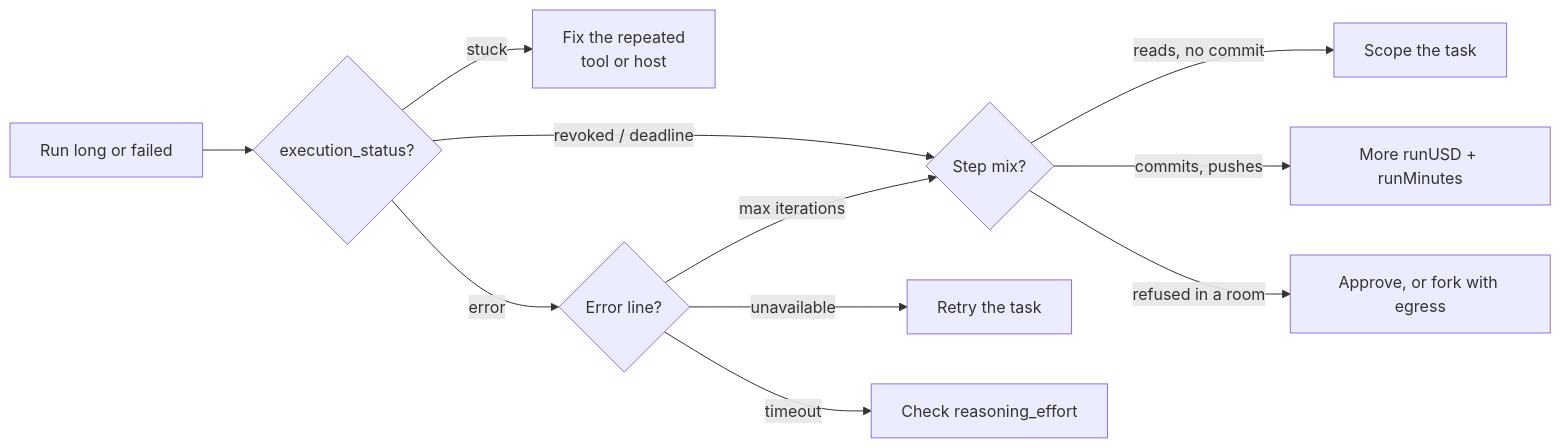
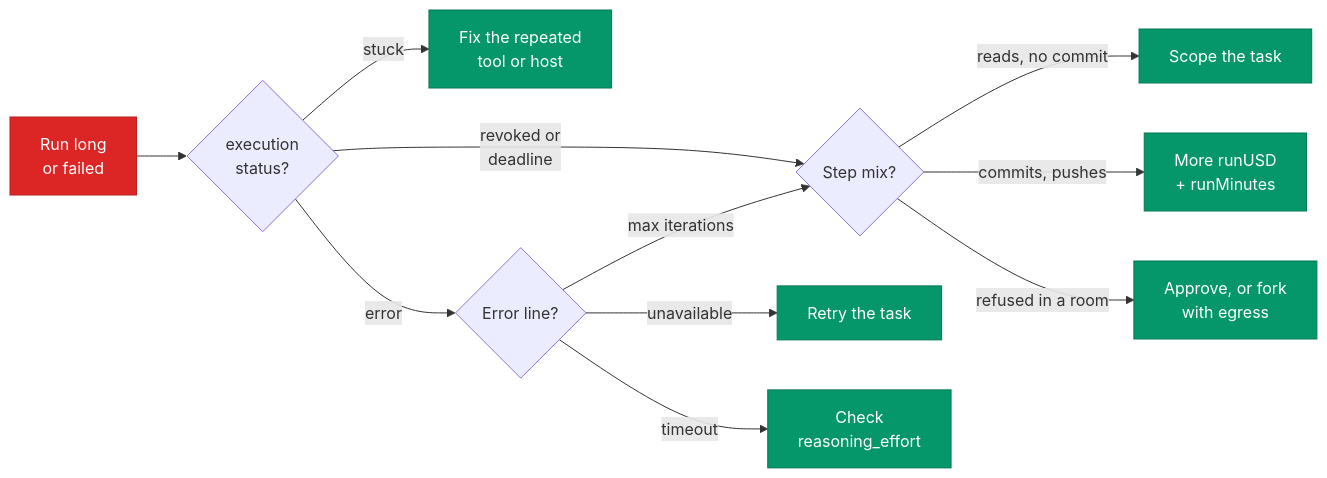
The third of 3 diagrams in website/content/docs/platform/ai-platform/agents/harness.md (Smana/ai-native-ref), drawn with Mermaid before and after one commit. The commit also changed other lines of this file and 1 other file, not shown here.

Commit message:
docs(agents): cards, tabs, badges and coloured diagrams on the harness pages

````diff
--- a/website/content/docs/platform/ai-platform/agents/harness.md
+++ b/website/content/docs/platform/ai-platform/agents/harness.md
@@ -184,13 +229,15 @@
 ```mermaid
 flowchart LR
-  A["Run long or failed"] --> B{"execution_status?"}
-  B -- stuck --> S["Fix the repeated<br/>tool or host"]
+  A["Run long<br/>or failed"]:::start --> B{"execution<br/>status?"}
+  B -- stuck --> S["Fix the repeated<br/>tool or host"]:::fix
   B -- error --> E{"Error line?"}
   E -- "max iterations" --> L
-  E -- unavailable --> P["Retry the task"]
-  E -- timeout --> R["Check reasoning_effort"]
-  B -- "revoked / deadline" --> L{"Step mix?"}
-  L -- "reads, no commit" --> W["Scope the task"]
-  L -- "commits, pushes" --> G["More runUSD + runMinutes"]
-  L -- "refused in a room" --> Q["Approve, or fork with egress"]
+  E -- unavailable --> P["Retry the task"]:::fix
+  E -- timeout --> R["Check<br/>reasoning_effort"]:::fix
+  B -- "revoked or<br/>deadline" --> L{"Step mix?"}
+  L -- "reads, no commit" --> W["Scope the task"]:::fix
+  L -- "commits, pushes" --> G["More runUSD<br/>+ runMinutes"]:::fix
+  L -- "refused in a room" --> Q["Approve, or fork<br/>with egress"]:::fix
+  classDef start fill:#dc2626,stroke:#b91c1c,color:#fff
+  classDef fix fill:#059669,stroke:#047857,color:#fff
 ```
````
